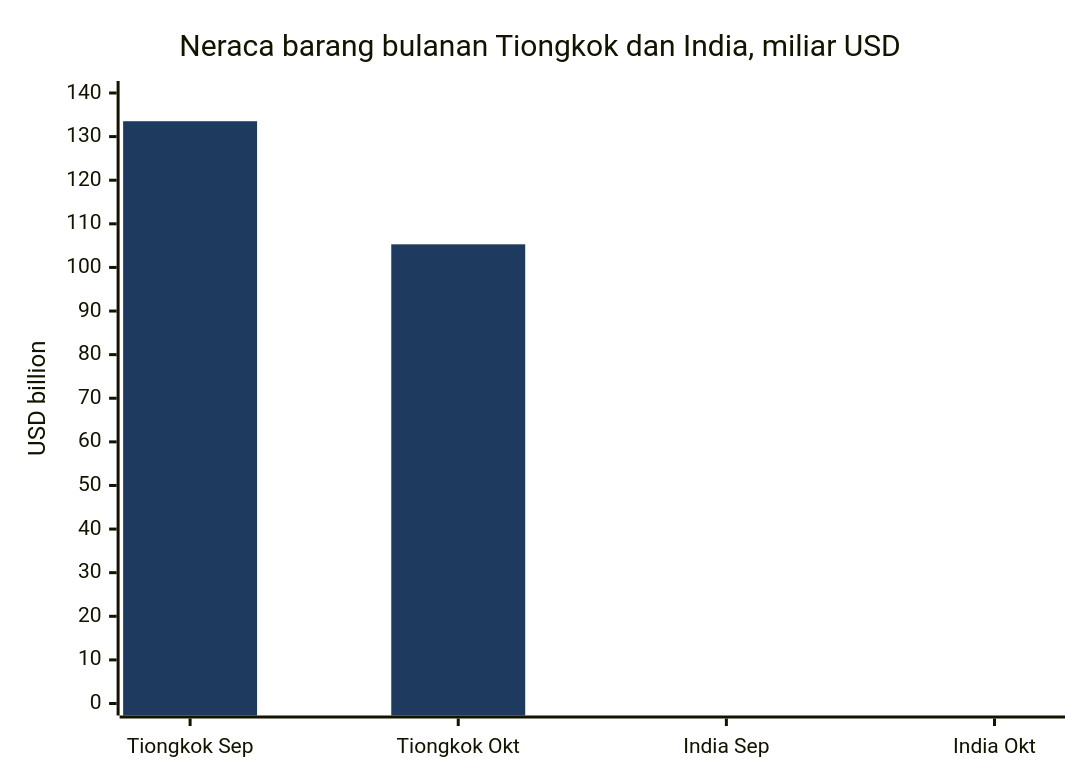
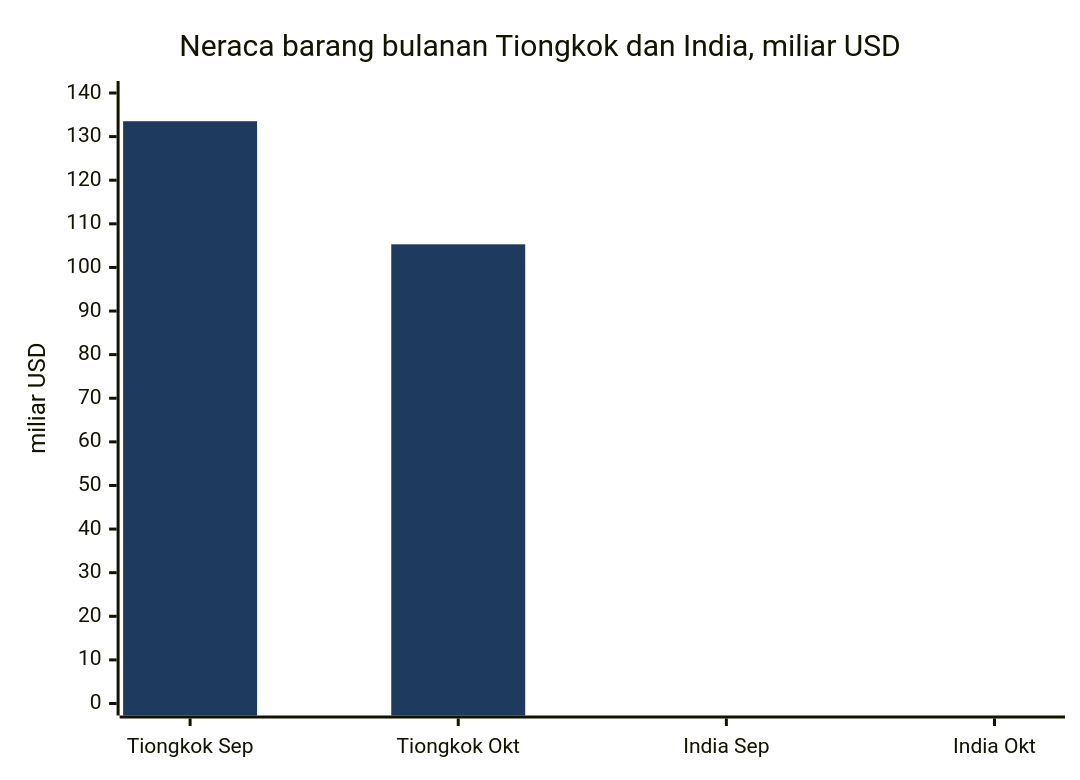
One commit to dureach/research changed the fifth of 13 diagrams in Global-Trade-Intelligence-weekly-2026-11-16/index.id.md. Above: the diagram before and after it, drawn with Mermaid. The commit also changed other lines of this file and 5 other files, not shown here.

````diff
--- a/Global-Trade-Intelligence-weekly-2026-11-16/index.id.md
+++ b/Global-Trade-Intelligence-weekly-2026-11-16/index.id.md
@@ -420,8 +420,8 @@
 ```mermaid
 %%{init: {'theme': 'base', 'themeVariables': {'xyChart': {'plotColorPalette': '#1e3a5f'}}}}%%
 xychart-beta
     title "Neraca barang bulanan Tiongkok dan India, miliar USD"
     x-axis ["Tiongkok Sep", "Tiongkok Okt", "India Sep", "India Okt"]
-    y-axis "USD billion" 0 --> 140
+    y-axis "miliar USD" 0 --> 140
     bar [133.53, 105.3, -30.21, -39.88]
 ```
````
